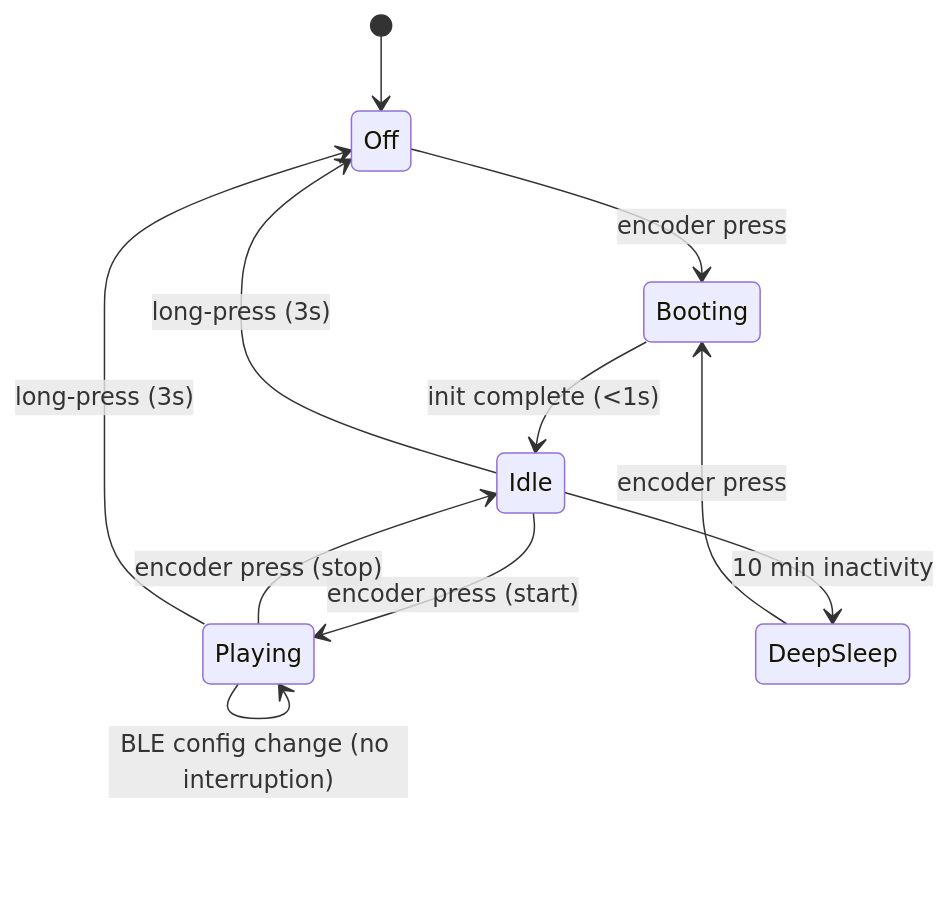
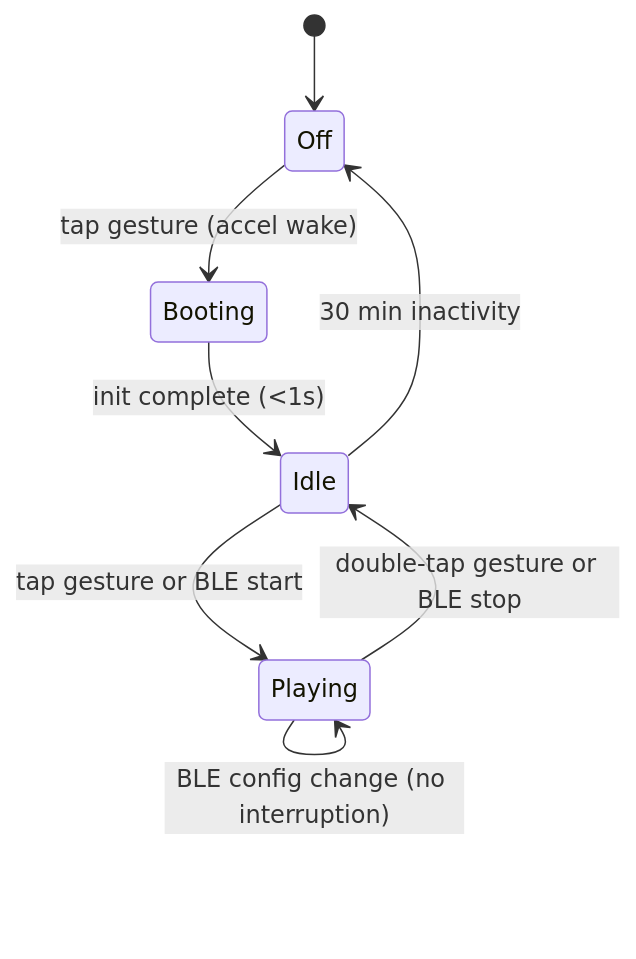
One commit to yoelf22/electrum changed the second of 2 diagrams in metronome/system_description.md. Above: the diagram before and after it, drawn with Mermaid. The commit also changed other lines of this file and 3 other files, not shown here.

````diff
--- a/metronome/system_description.md
+++ b/metronome/system_description.md
@@ -303,13 +312,10 @@
 ```mermaid
 stateDiagram-v2
     [*] --> Off
-    Off --> Booting: encoder press
+    Off --> Booting: tap gesture (accel wake)
     Booting --> Idle: init complete (<1s)
-    Idle --> Playing: encoder press (start)
-    Playing --> Idle: encoder press (stop)
-    Idle --> Off: long-press (3s)
-    Playing --> Off: long-press (3s)
-    Idle --> DeepSleep: 10 min inactivity
-    DeepSleep --> Booting: encoder press
+    Idle --> Playing: tap gesture or BLE start
+    Playing --> Idle: double-tap gesture or BLE stop
+    Idle --> Off: 30 min inactivity
     Playing --> Playing: BLE config change (no interruption)
 ```
````
